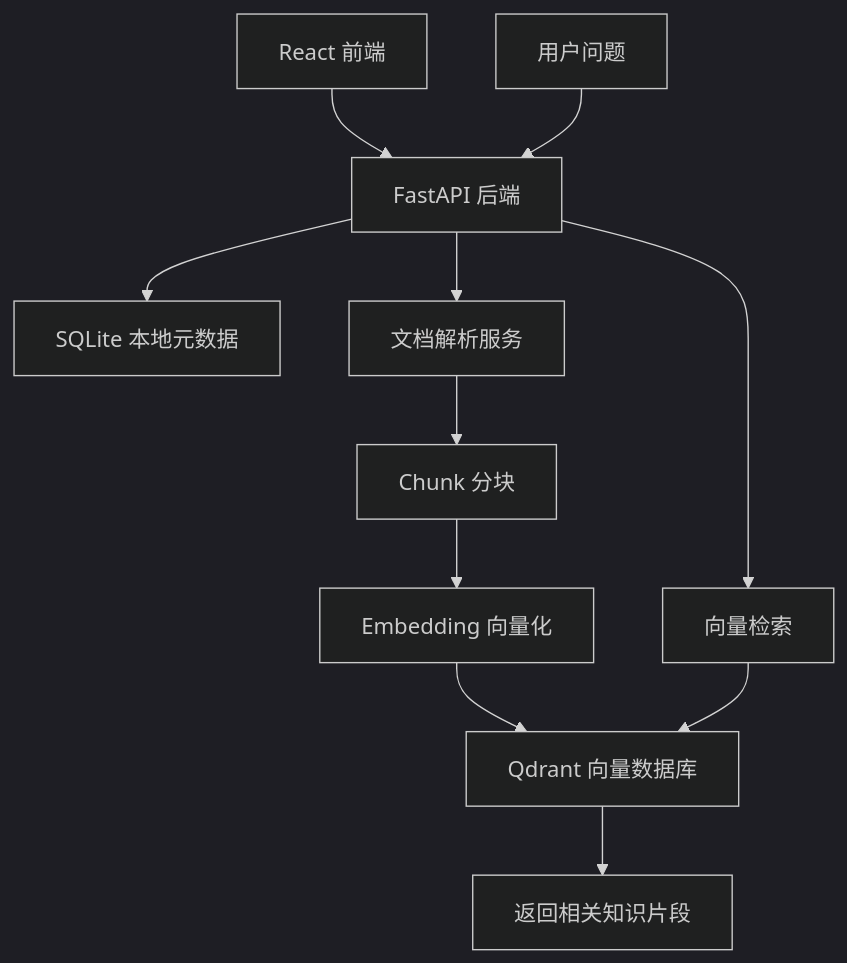
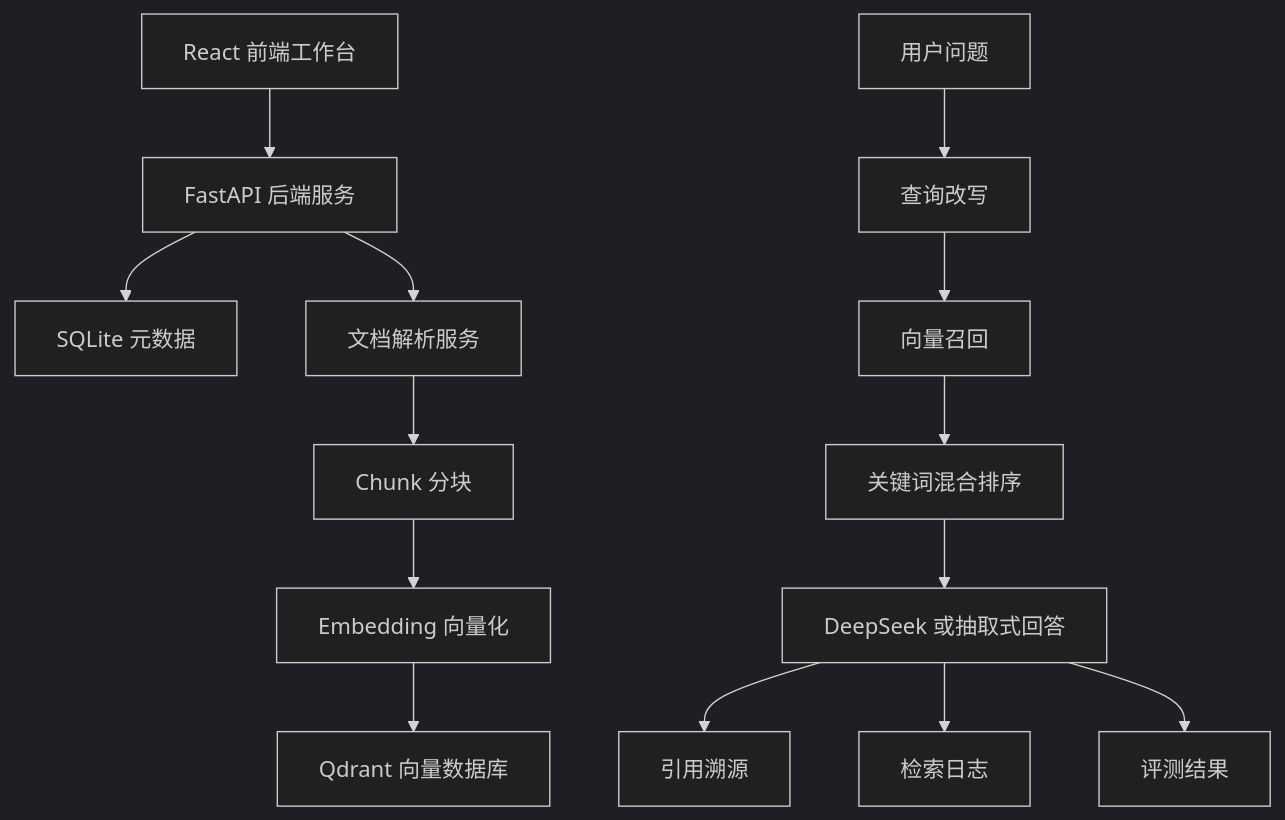
One commit to yloi39s2gz-cell/Knowledge-RAG changed the first of 2 diagrams in README.md. Above: the diagram before and after it, drawn with Mermaid (dark theme). The commit also changed other lines of this file, not shown here.

````diff
--- a/README.md
+++ b/README.md
@@ -32,13 +49,16 @@
 ```mermaid
 flowchart TD
-    A[React 前端] --> B[FastAPI 后端]
-    B --> C[SQLite 本地元数据]
-    B --> D[文档解析服务]
-    D --> E[Chunk 分块]
-    E --> F[Embedding 向量化]
-    F --> G[Qdrant 向量数据库]
-    H[用户问题] --> B
-    B --> I[向量检索]
-    I --> G
-    G --> J[返回相关知识片段]
+    A["React 前端工作台"] --> B["FastAPI 后端服务"]
+    B --> C["SQLite 元数据"]
+    B --> D["文档解析服务"]
+    D --> E["Chunk 分块"]
+    E --> F["Embedding 向量化"]
+    F --> G["Qdrant 向量数据库"]
+    H["用户问题"] --> I["查询改写"]
+    I --> J["向量召回"]
+    J --> K["关键词混合排序"]
+    K --> L["DeepSeek 或抽取式回答"]
+    L --> M["引用溯源"]
+    L --> N["检索日志"]
+    L --> O["评测结果"]
 ```
````
